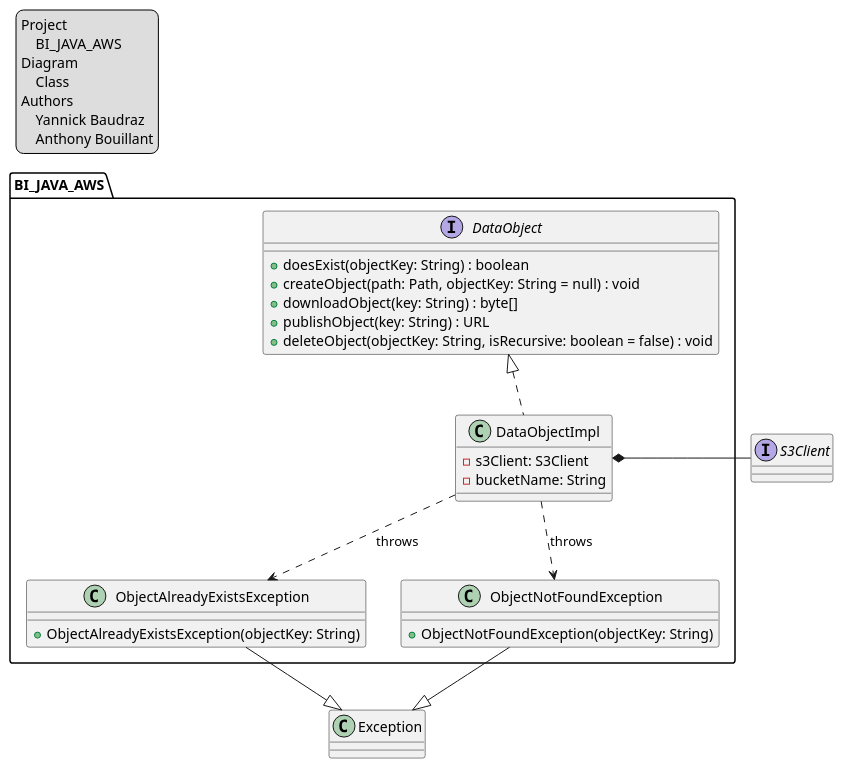
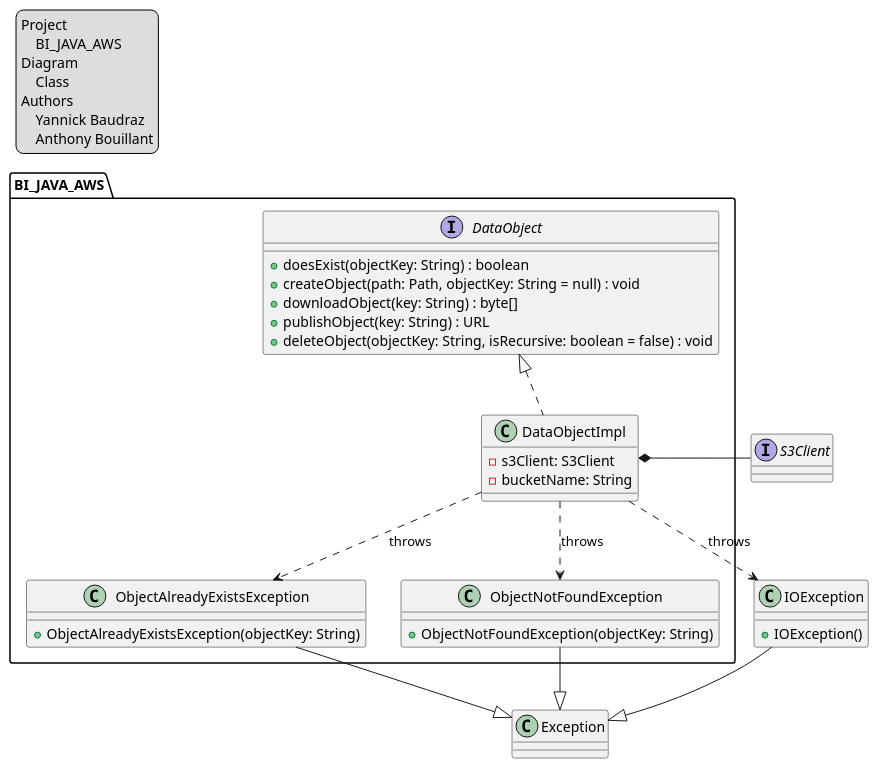
One commit to CPNV-ES-BI/BI_JAVA_AWS changed the diagram in doc/classes/class_diagram.puml. Above: the diagram before and after it, drawn with PlantUML. The commit also changed 5 other files, not shown here.

Commit message:
Refactor createObject to throw IOException

```diff
--- a/doc/classes/class_diagram.puml
+++ b/doc/classes/class_diagram.puml
@@ -1,51 +1,57 @@
 @startuml class_diagram
 'https://plantuml.com/class-diagram
 
 legend top left
     Project
         BI_JAVA_AWS
     Diagram
         Class
     Authors
         Yannick Baudraz
         Anthony Bouillant
 endlegend
 
 package BI_JAVA_AWS {
     interface DataObject {
         + doesExist(objectKey: String) : boolean
         + createObject(path: Path, objectKey: String = null) : void
         + downloadObject(key: String) : byte[]
         + publishObject(key: String) : URL
         + deleteObject(objectKey: String, isRecursive: boolean = false) : void
     }
 
     class DataObjectImpl {
         - s3Client: S3Client
         - bucketName: String
     }
 
     class ObjectAlreadyExistsException {
         + ObjectAlreadyExistsException(objectKey: String)
     }
 
     class ObjectNotFoundException {
         + ObjectNotFoundException(objectKey: String)
     }
 }
 
 class Exception
 
+class IOException {
+    + IOException()
+}
+
 interface S3Client
 
 DataObject <|.. DataObjectImpl
 
 DataObjectImpl ..> ObjectAlreadyExistsException : throws
 DataObjectImpl ..> ObjectNotFoundException : throws
+DataObjectImpl ..> IOException : throws
 
 ObjectAlreadyExistsException --|> Exception
 ObjectNotFoundException --|> Exception
+IOException --|> Exception
 
 DataObjectImpl *- S3Client
 
 @enduml
```
